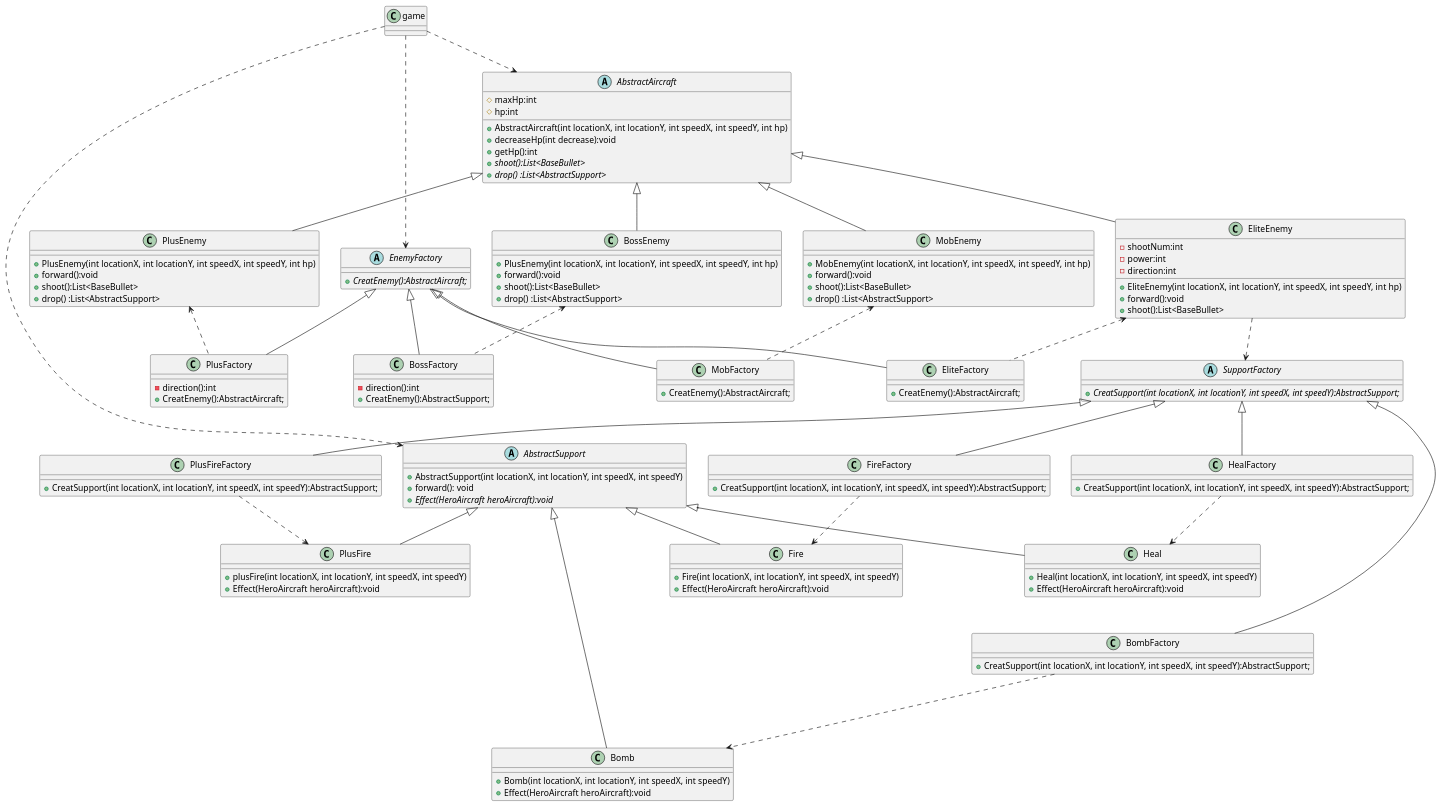
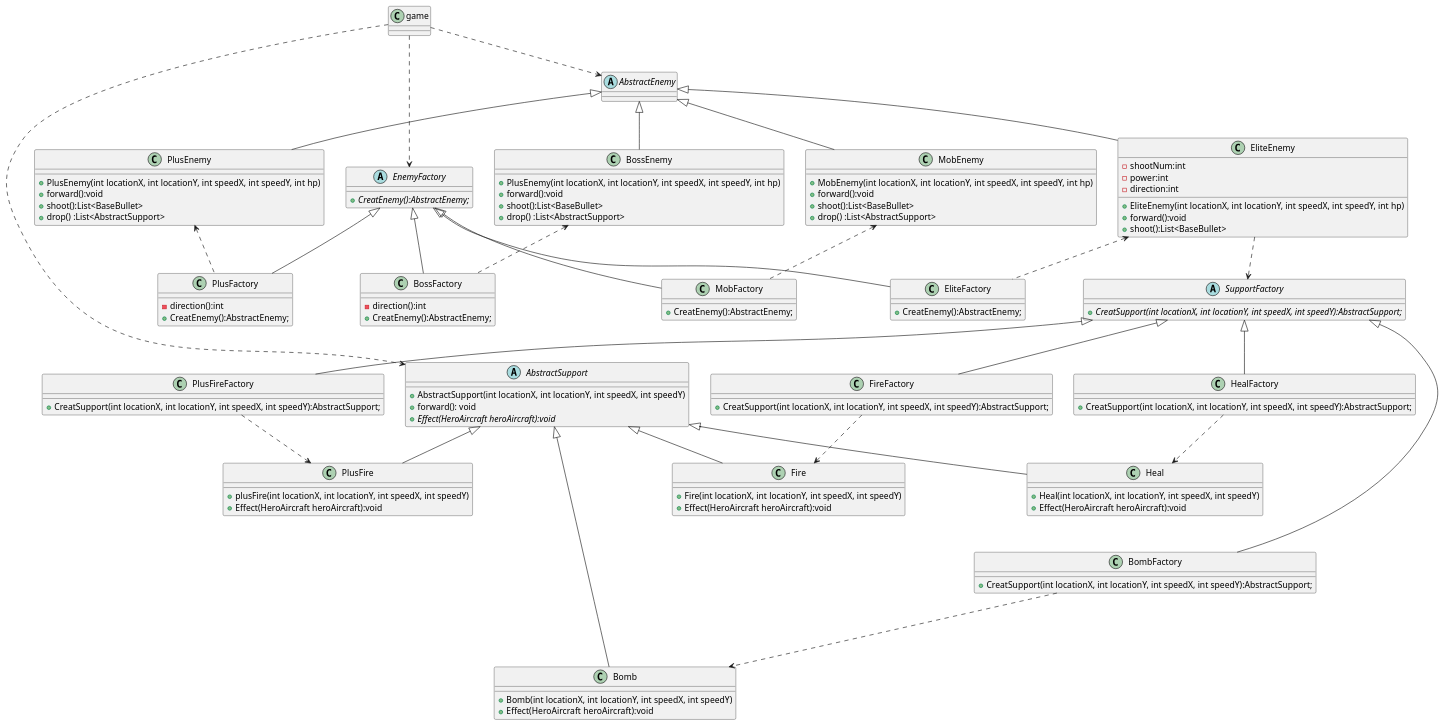
One commit to hazuki-nana/COMP2027 changed the diagram in uml/Factory.puml. Above: the diagram before and after it, drawn with PlantUML. The commit also changed 14 other files, not shown here.

```diff
--- a/uml/Factory.puml
+++ b/uml/Factory.puml
@@ -1,139 +1,132 @@
  @startuml
 'https://plantuml.com/sequence-diagram
 
 abstract AbstractSupport {
     + AbstractSupport(int locationX, int locationY, int speedX, int speedY)
     + forward(): void
     + {abstract} Effect(HeroAircraft heroAircraft):void
 }
 
 class Bomb {
     +Bomb(int locationX, int locationY, int speedX, int speedY)
     +Effect(HeroAircraft heroAircraft):void
 }
 
 class Fire {
     +Fire(int locationX, int locationY, int speedX, int speedY)
     +Effect(HeroAircraft heroAircraft):void
 }
 
 class Heal {
     +Heal(int locationX, int locationY, int speedX, int speedY)
     +Effect(HeroAircraft heroAircraft):void
 }
 class PlusFire
 {
     +plusFire(int locationX, int locationY, int speedX, int speedY)
     +Effect(HeroAircraft heroAircraft):void
 }
 AbstractSupport <|-- Bomb
 AbstractSupport <|-- Fire
 AbstractSupport <|-- Heal
 AbstractSupport <|-- PlusFire
 
 abstract class SupportFactory {
     +{abstract}CreatSupport(int locationX, int locationY, int speedX, int speedY):AbstractSupport;
 }
 class BombFactory {
     +CreatSupport(int locationX, int locationY, int speedX, int speedY):AbstractSupport;
 }
 class FireFactory {
     +CreatSupport(int locationX, int locationY, int speedX, int speedY):AbstractSupport;
 }
 
 class HealFactory {
     +CreatSupport(int locationX, int locationY, int speedX, int speedY):AbstractSupport;
 }
 
 class PlusFireFactory
 {
     +CreatSupport(int locationX, int locationY, int speedX, int speedY):AbstractSupport;
 }
 HealFactory ..> Heal
 BombFactory ..> Bomb
 FireFactory ..> Fire
 PlusFireFactory ..> PlusFire
 SupportFactory <|-- BombFactory
 SupportFactory <|-- FireFactory
 SupportFactory <|-- HealFactory
 SupportFactory <|-- PlusFireFactory
 
 class MobEnemy {
     + MobEnemy(int locationX, int locationY, int speedX, int speedY, int hp)
     + forward():void
     + shoot():List<BaseBullet>
     + drop() :List<AbstractSupport>
 }
-AbstractAircraft <|-- MobEnemy
+AbstractEnemy <|-- MobEnemy
 
 class PlusEnemy{
     + PlusEnemy(int locationX, int locationY, int speedX, int speedY, int hp)
     + forward():void
     + shoot():List<BaseBullet>
     + drop() :List<AbstractSupport>
 }
-AbstractAircraft <|-- PlusEnemy
+AbstractEnemy <|-- PlusEnemy
 
 class EliteEnemy {
     - shootNum:int
     - power:int
     - direction:int
     + EliteEnemy(int locationX, int locationY, int speedX, int speedY, int hp)
     + forward():void
     + shoot():List<BaseBullet>
 }
-AbstractAircraft <|-- EliteEnemy
+AbstractEnemy <|-- EliteEnemy
 
 class BossEnemy{
     + PlusEnemy(int locationX, int locationY, int speedX, int speedY, int hp)
     + forward():void
     + shoot():List<BaseBullet>
     + drop() :List<AbstractSupport>
 }
-AbstractAircraft <|-- BossEnemy
+AbstractEnemy <|-- BossEnemy
 
-abstract class AbstractAircraft
+abstract class AbstractEnemy
 {
-	# maxHp:int
-    # hp:int
-    + AbstractAircraft(int locationX, int locationY, int speedX, int speedY, int hp)
-    + decreaseHp(int decrease):void
-    + getHp():int
-    + {abstract} shoot():List<BaseBullet>
-    + {abstract} drop() :List<AbstractSupport>
- }
+}
 
 abstract class EnemyFactory {
-    +{abstract}CreatEnemy():AbstractAircraft;
+    +{abstract}CreatEnemy():AbstractEnemy;
 }
 class EliteFactory {
-    +CreatEnemy():AbstractAircraft;
+    +CreatEnemy():AbstractEnemy;
 }
 class MobFactory {
-    +CreatEnemy():AbstractAircraft;
+    +CreatEnemy():AbstractEnemy;
 }
 class PlusFactory{
     -direction():int
-    +CreatEnemy():AbstractAircraft;
+    +CreatEnemy():AbstractEnemy;
 }
 class BossFactory{
     -direction():int
-    +CreatEnemy():AbstractSupport;
+    +CreatEnemy():AbstractEnemy;
 }
 MobEnemy <.. MobFactory
 EliteEnemy <.. EliteFactory
 EnemyFactory <|-- EliteFactory
 EnemyFactory <|-- MobFactory
 EnemyFactory <|-- PlusFactory
 PlusEnemy <.. PlusFactory
 EnemyFactory <|-- BossFactory
 BossEnemy <.. BossFactory
 
 
 
 class game{}
-game ..> AbstractAircraft
+game ..> AbstractEnemy
 game ..> EnemyFactory
 game ..> AbstractSupport
 EliteEnemy ..> SupportFactory
 @enduml
```
